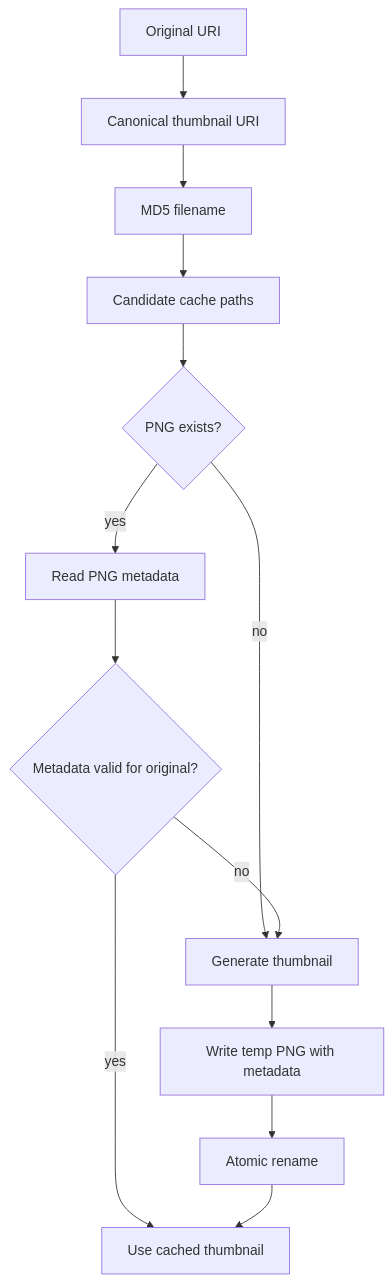
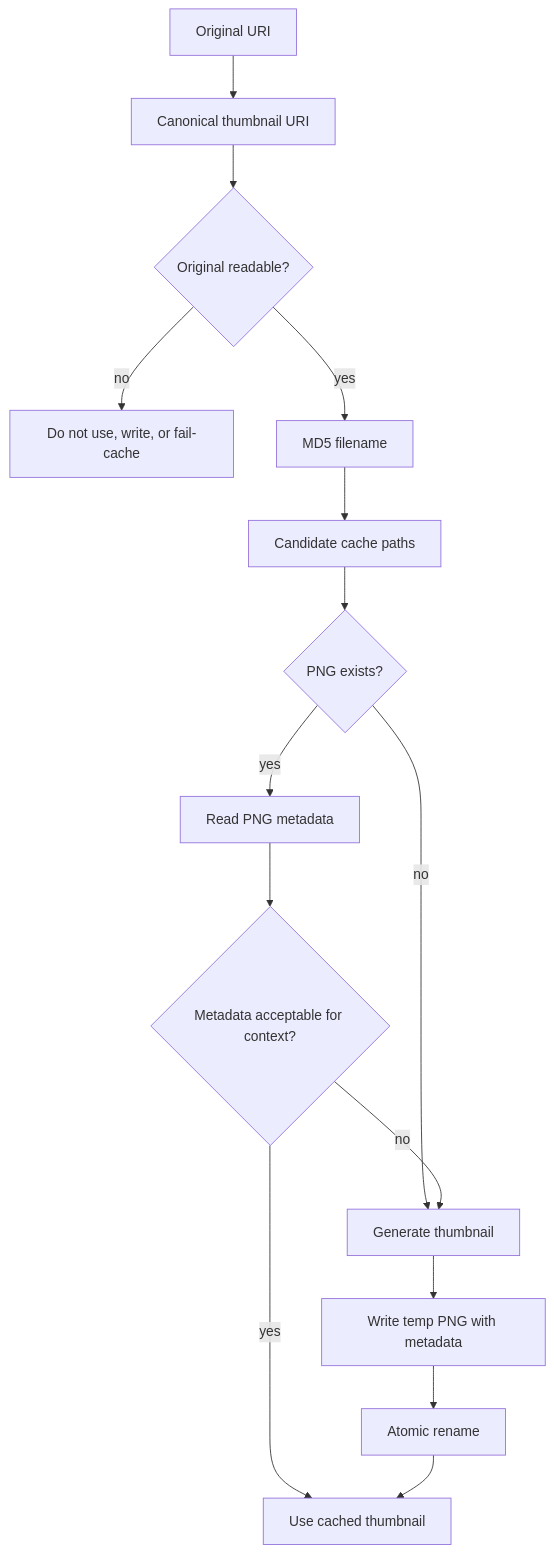
Before and after one commit to hnjae/xdg-thumbnail: the diagram in docs/architecture/thumbnail-lifecycle.md, drawn with Mermaid. The commit also changed other lines of this file and 8 other files, not shown here.

````diff
--- a/docs/architecture/thumbnail-lifecycle.md
+++ b/docs/architecture/thumbnail-lifecycle.md
@@ -7,15 +7,17 @@
 ```mermaid
 flowchart TD
     A[Original URI] --> B[Canonical thumbnail URI]
-    B --> C[MD5 filename]
-    C --> D[Candidate cache paths]
-    D --> E{PNG exists?}
-    E -- no --> F[Generate thumbnail]
-    E -- yes --> G[Read PNG metadata]
-    G --> H{Metadata valid for original?}
-    H -- yes --> I[Use cached thumbnail]
-    H -- no --> F
-    F --> J[Write temp PNG with metadata]
-    J --> K[Atomic rename]
-    K --> I
+    B --> C{Original readable?}
+    C -- no --> L[Do not use, write, or fail-cache]
+    C -- yes --> D[MD5 filename]
+    D --> E[Candidate cache paths]
+    E --> F{PNG exists?}
+    F -- no --> G[Generate thumbnail]
+    F -- yes --> H[Read PNG metadata]
+    H --> I{Metadata acceptable for context?}
+    I -- yes --> J[Use cached thumbnail]
+    I -- no --> G
+    G --> K[Write temp PNG with metadata]
+    K --> M[Atomic rename]
+    M --> J
 ```
````
